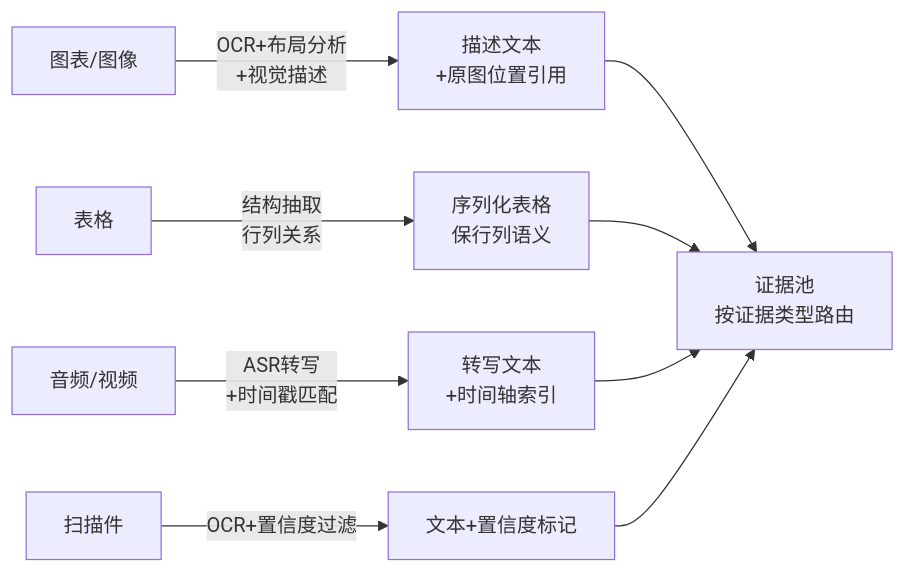
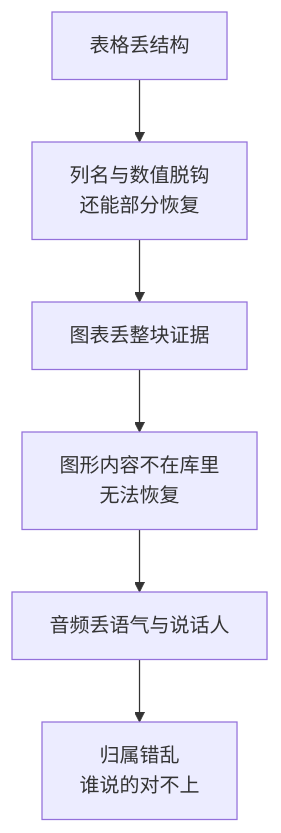
The first of 2 diagrams in vault/工程知识/AI 系统工程：从模型能力到生产能力/知识与检索/多模态RAG：图表、PDF与音频的证据不能只靠文本化.md (hub138/technical-knowledge), drawn with Mermaid before and after one commit. The commit also changed other lines of this file and 622 other files, not shown here.

````diff
--- a/vault/工程知识/AI 系统工程：从模型能力到生产能力/知识与检索/多模态RAG：图表、PDF与音频的证据不能只靠文本化.md
+++ b/vault/工程知识/AI 系统工程：从模型能力到生产能力/知识与检索/多模态RAG：图表、PDF与音频的证据不能只靠文本化.md
@@ -40,11 +50,8 @@
 ```mermaid
-flowchart LR
-    A["图表/图像"] -->|"OCR+布局分析<br/>+视觉描述"| A1["描述文本<br/>+原图位置引用"]
-    B["表格"] -->|"结构抽取<br/>行列关系"| B1["序列化表格<br/>保行列语义"]
-    C["音频/视频"] -->|"ASR转写<br/>+时间戳匹配"| C1["转写文本<br/>+时间轴索引"]
-    D["扫描件"] -->|"OCR+置信度过滤"| D1["文本+置信度标记"]
-    A1 --> E["证据池<br/>按证据类型路由"]
-    B1 --> E
-    C1 --> E
-    D1 --> E
+flowchart TB
+    a["表格丢结构"] --> a1["列名与数值脱钩<br>还能部分恢复"]
+    a1 --> b["图表丢整块证据"]
+    b --> b1["图形内容不在库里<br>无法恢复"]
+    b1 --> c["音频丢语气与说话人"]
+    c --> c1["归属错乱<br>谁说的对不上"]
 ```
````
